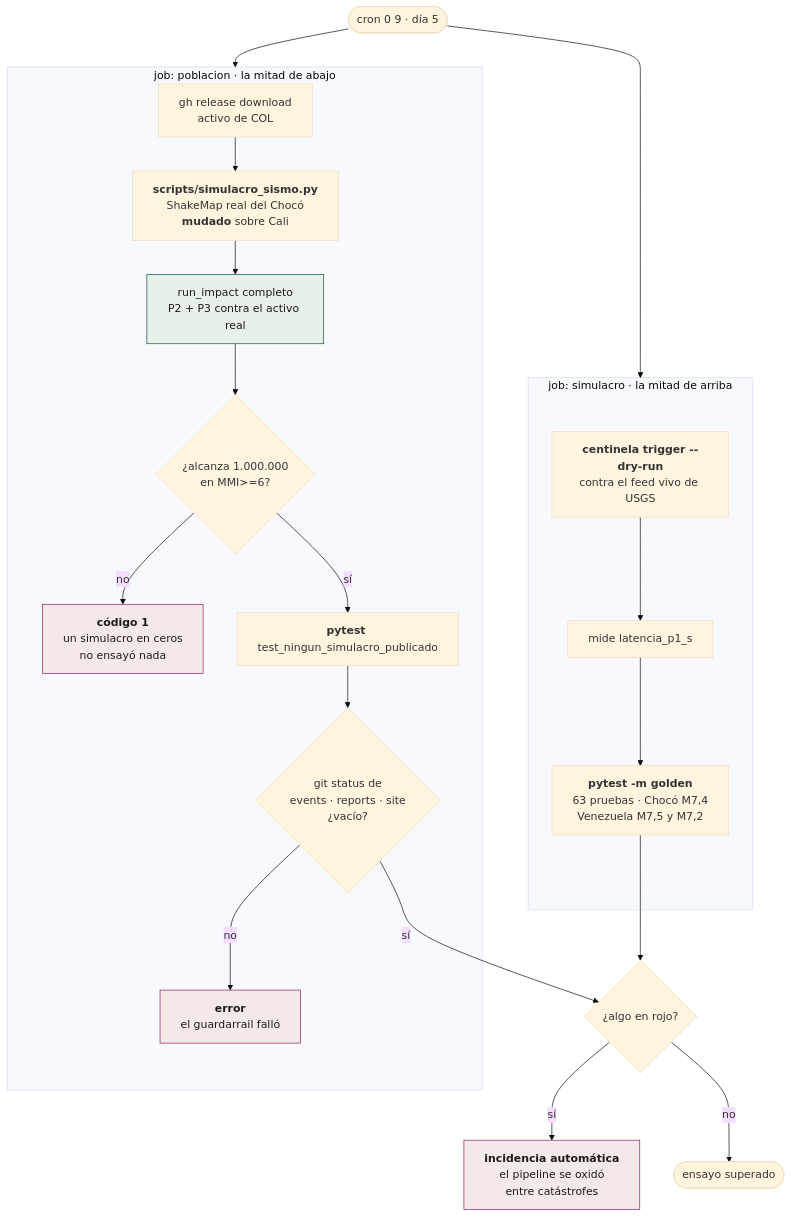
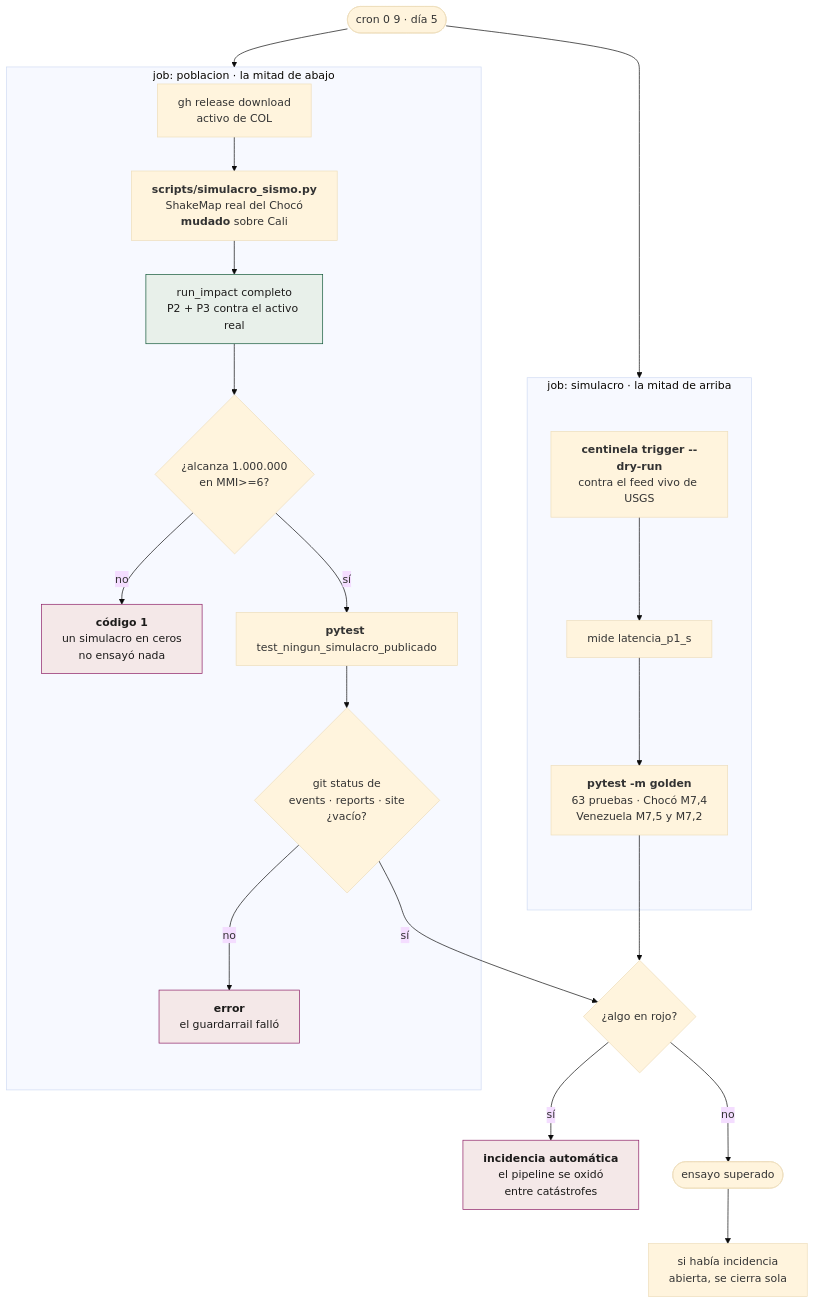
One commit to sforero77/CENTINELA changed the tenth of 14 diagrams in docs/acciones/por-reloj.md. Above: the diagram before and after it, drawn with Mermaid (base theme). The commit also changed other lines of this file and 12 other files, not shown here.

````diff
--- a/docs/acciones/por-reloj.md
+++ b/docs/acciones/por-reloj.md
@@ -398,30 +409,31 @@
 ```mermaid
 flowchart TB
   R(["cron 0 9 · día 5"]) --> J1
   R --> J2
 
   subgraph J1["job: simulacro · la mitad de arriba"]
     A1["<b>centinela trigger --dry-run</b><br/>contra el feed vivo de USGS"] --> A2["mide latencia_p1_s"]
     A2 --> A3["<b>pytest -m golden</b><br/>63 pruebas · Chocó M7,4<br/>Venezuela M7,5 y M7,2"]
   end
 
   subgraph J2["job: poblacion · la mitad de abajo"]
     B1["gh release download<br/>activo de COL"] --> B2["<b>scripts/simulacro_sismo.py</b><br/>ShakeMap real del Chocó<br/><b>mudado</b> sobre Cali"]
     B2 --> B3["run_impact completo<br/>P2 + P3 contra el activo real"]
     B3 --> B4{"¿alcanza 1.000.000<br/>en MMI&gt;=6?"}
     B4 -->|no| BF["<b>código 1</b><br/>un simulacro en ceros<br/>no ensayó nada"]
     B4 -->|sí| B5["<b>pytest</b> test_ningun_simulacro_publicado"]
     B5 --> B6{"git status de<br/>events · reports · site<br/>¿vacío?"}
     B6 -->|no| BG["<b>error</b><br/>el guardarrail falló"]
   end
 
   A3 --> ISS{"¿algo en rojo?"}
   B6 -->|sí| ISS
   ISS -->|sí| ISSUE["<b>incidencia automática</b><br/>el pipeline se oxidó<br/>entre catástrofes"]
   ISS -->|no| OK(["ensayo superado"])
+  OK --> CIERRA["si había incidencia<br/>abierta, se cierra sola"]
 
   style B3 fill:#e8f0ea,stroke:#0f5636,color:#1c1b1a
   style BF fill:#f4e8e8,stroke:#8c1d64,color:#1c1b1a
   style BG fill:#f4e8e8,stroke:#8c1d64,color:#1c1b1a
   style ISSUE fill:#f4e8e8,stroke:#8c1d64,color:#1c1b1a
 ```
````
